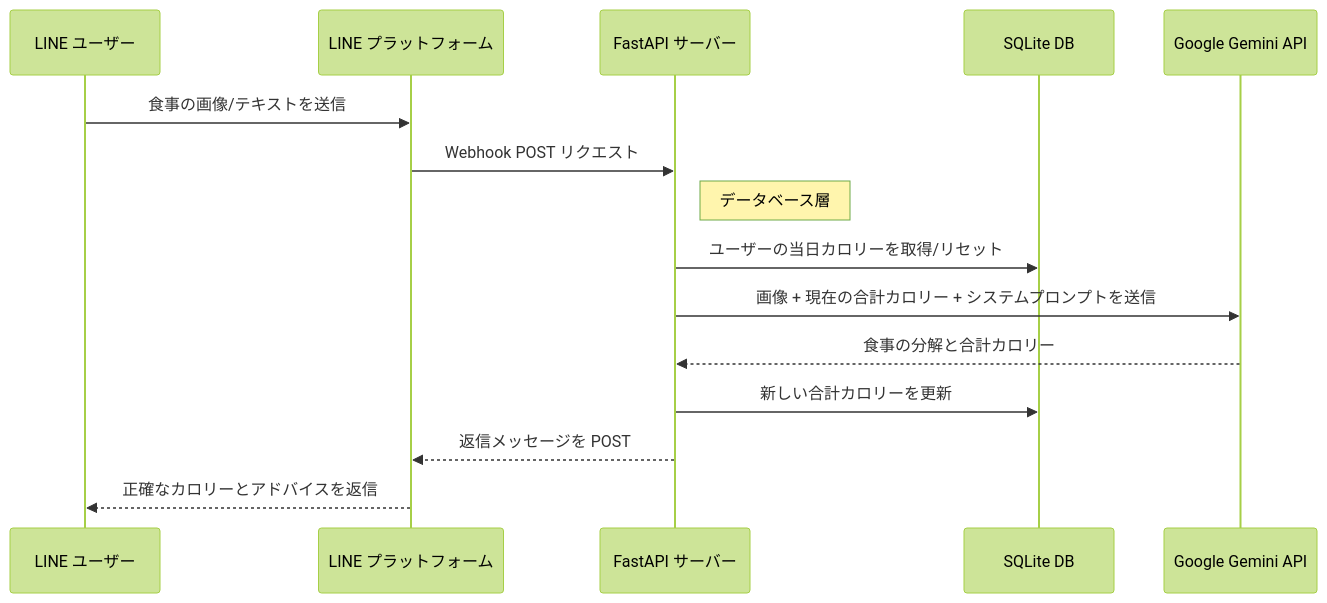
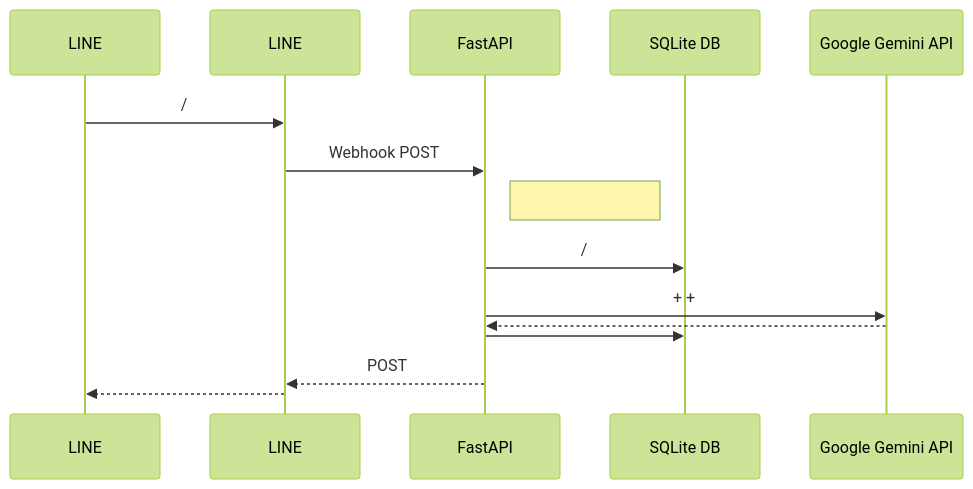
The diagram in docs/README-JA.md (welltilln/howmanycals), drawn with Mermaid (forest theme) before and after one commit. The commit also changed other lines of this file and 5 other files, not shown here.

````diff
--- a/docs/README-JA.md
+++ b/docs/README-JA.md
@@ -50,18 +50,18 @@
 ```mermaid
 sequenceDiagram
-    participant User as LINE ユーザー
-    participant LINE as LINE プラットフォーム
-    participant App as FastAPI サーバー
+    participant User as LINE 
+    participant LINE as LINE 
+    participant App as FastAPI 
     participant DB as SQLite DB
     participant Gemini as Google Gemini API
 
-    User->>LINE: 食事の画像/テキストを送信
-    LINE->>App: Webhook POST リクエスト
-    Note right of App: データベース層
-    App->>DB: ユーザーの当日カロリーを取得/リセット
-    App->>Gemini: 画像 + 現在の合計カロリー + システムプロンプトを送信
-    Gemini-->>App: 食事の分解と合計カロリー
-    App->>DB: 新しい合計カロリーを更新
-    App-->>LINE: 返信メッセージを POST
-    LINE-->>User: 正確なカロリーとアドバイスを返信
+    User->>LINE: /
+    LINE->>App: Webhook POST 
+    Note right of App: 
+    App->>DB: /
+    App->>Gemini:  +  + 
+    Gemini-->>App: 
+    App->>DB: 
+    App-->>LINE:  POST
+    LINE-->>User: 
 ```
````
